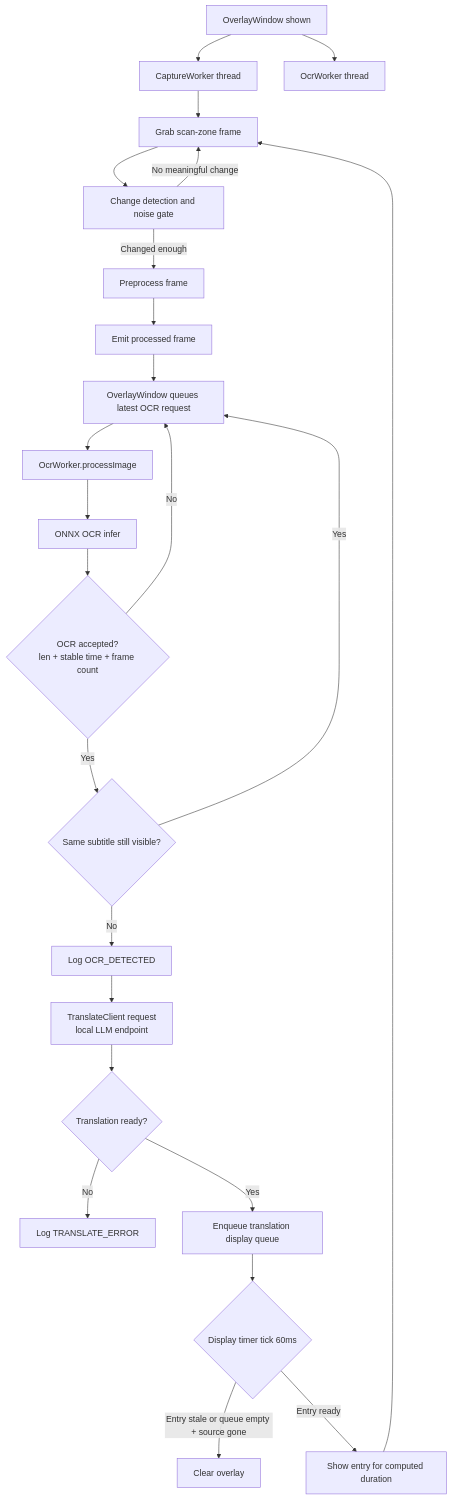
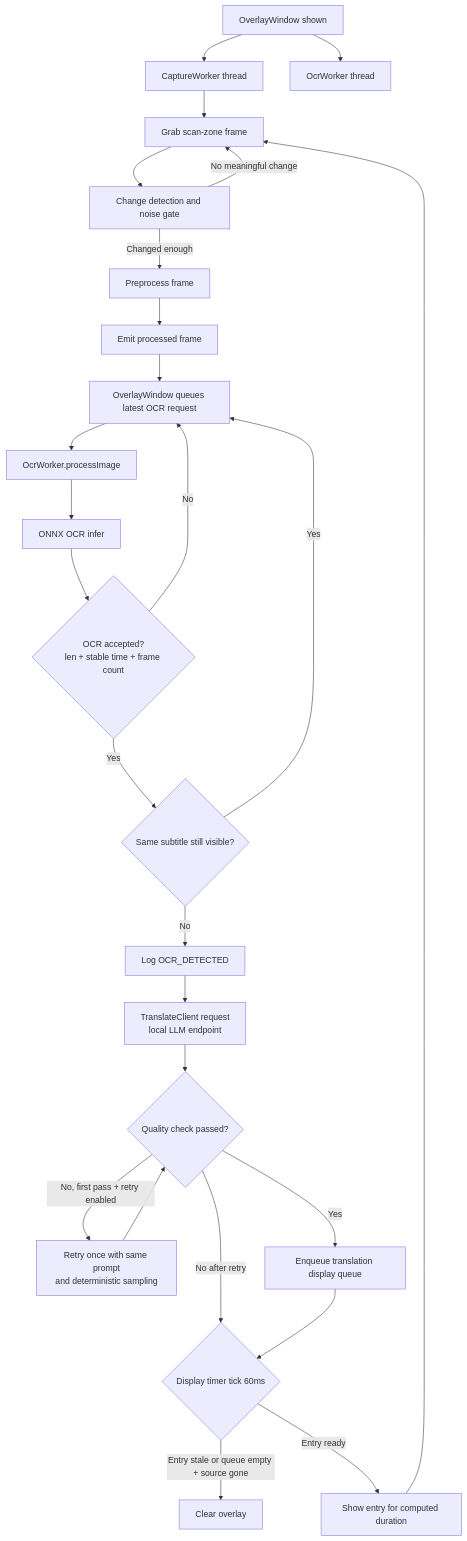
Before and after one commit to ngoctruongns/screen_sub_translate: the second of 2 diagrams in README.md, drawn with Mermaid. The commit also changed other lines of this file and 10 other files, not shown here.

Commit message:
Refactor translate post processing flow

````diff
--- a/README.md
+++ b/README.md
@@ -53,28 +62,30 @@
 ```mermaid
 flowchart TD
   A[OverlayWindow shown] --> B[CaptureWorker thread]
   A --> C[OcrWorker thread]
 
   B --> D[Grab scan-zone frame]
   D --> E[Change detection and noise gate]
   E -->|No meaningful change| D
   E -->|Changed enough| F[Preprocess frame]
   F --> G[Emit processed frame]
 
   G --> H[OverlayWindow queues latest OCR request]
   H --> I[OcrWorker.processImage]
   I --> J[ONNX OCR infer]
   J --> K{OCR accepted?\nlen + stable time + frame count}
   K -->|No| H
   K -->|Yes| L{Same subtitle still visible?}
   L -->|Yes| H
   L -->|No| M[Log OCR_DETECTED]
   M --> N[TranslateClient request\nlocal LLM endpoint]
-  N --> O{Translation ready?}
-  O -->|No| P[Log TRANSLATE_ERROR]
+  N --> O{Quality check passed?}
+  O -->|No, first pass + retry enabled| P[Retry once with same prompt\nand deterministic sampling]
+  P --> O
+  O -->|No after retry| R[Log TRANSLATE_ERROR]
   O -->|Yes| Q[Enqueue translation display queue]
   Q --> R{Display timer tick 60ms}
   R -->|Entry stale or queue empty + source gone| S[Clear overlay]
   R -->|Entry ready| T[Show entry for computed duration]
   T --> D
 ```
````
